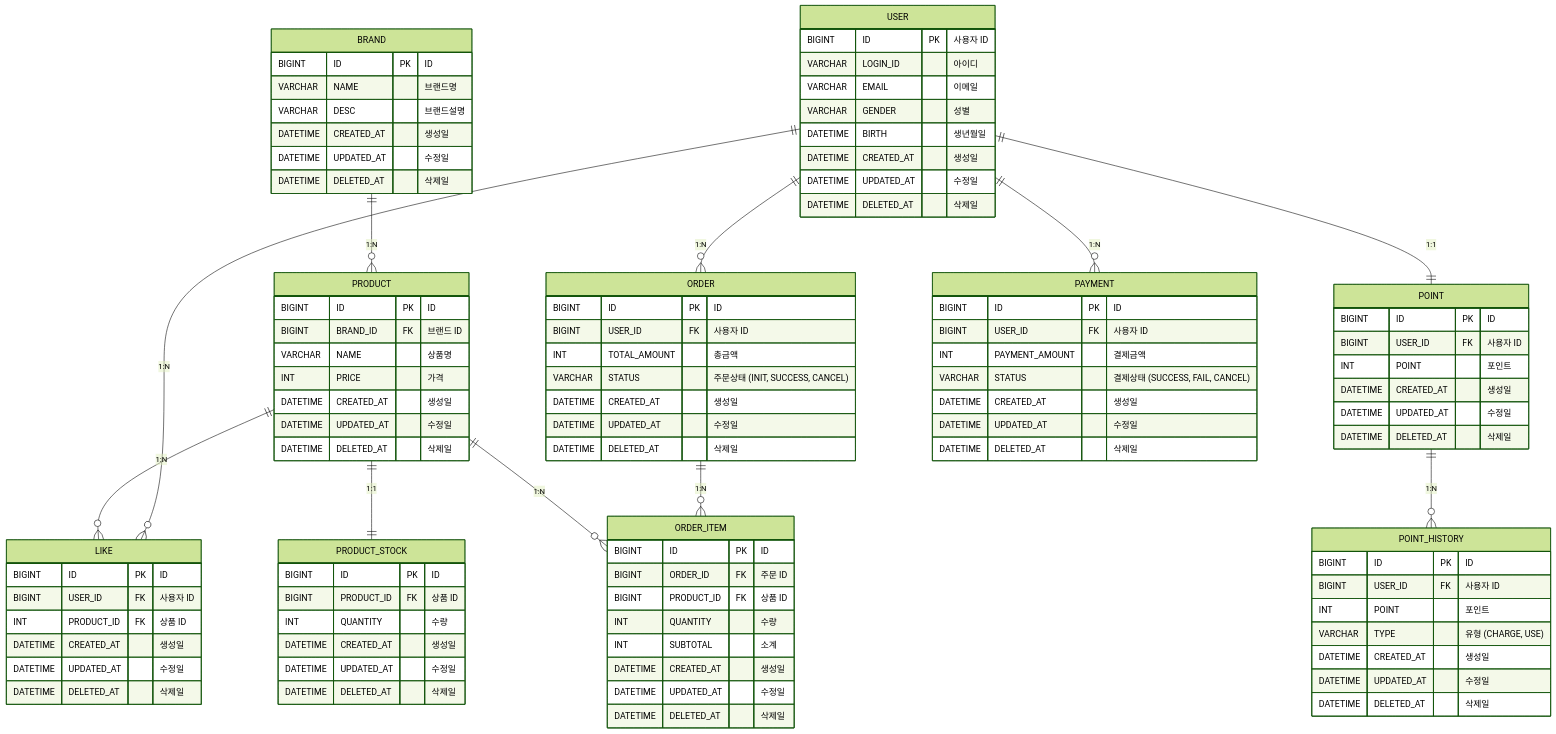
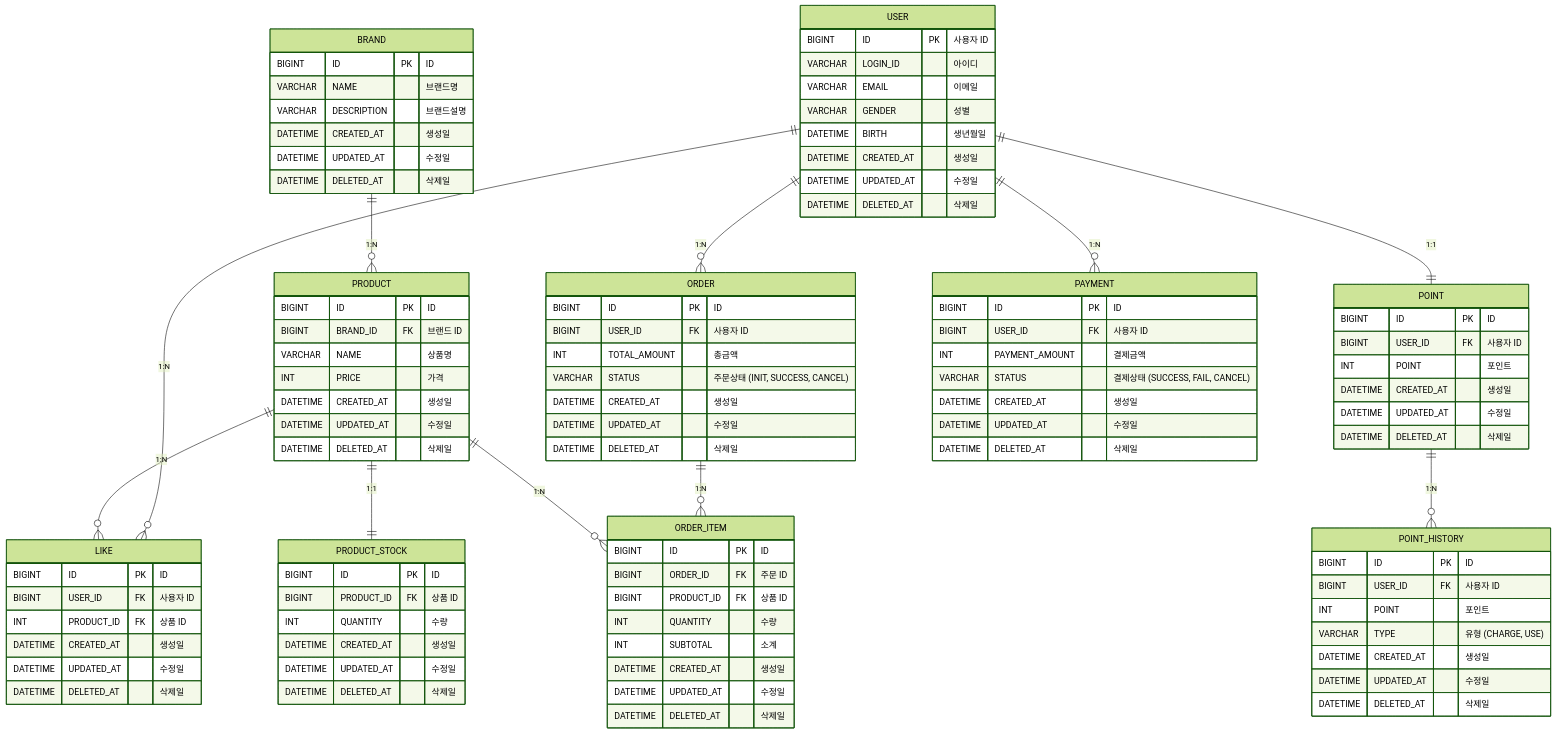
The diagram in docs/design/04-erd.md (hyunn12/e-commerce-project), drawn with Mermaid (forest theme) before and after one commit. The commit also changed 3 other files, not shown here.

```diff
--- a/docs/design/04-erd.md
+++ b/docs/design/04-erd.md
@@ -57,7 +57,7 @@
     BRAND {  
         BIGINT ID PK "ID"  
         VARCHAR NAME "브랜드명"  
-        VARCHAR DESC "브랜드설명"  
+        VARCHAR DESCRIPTION "브랜드설명"  
         DATETIME CREATED_AT "생성일"  
         DATETIME UPDATED_AT "수정일"  
         DATETIME DELETED_AT "삭제일"  
```
